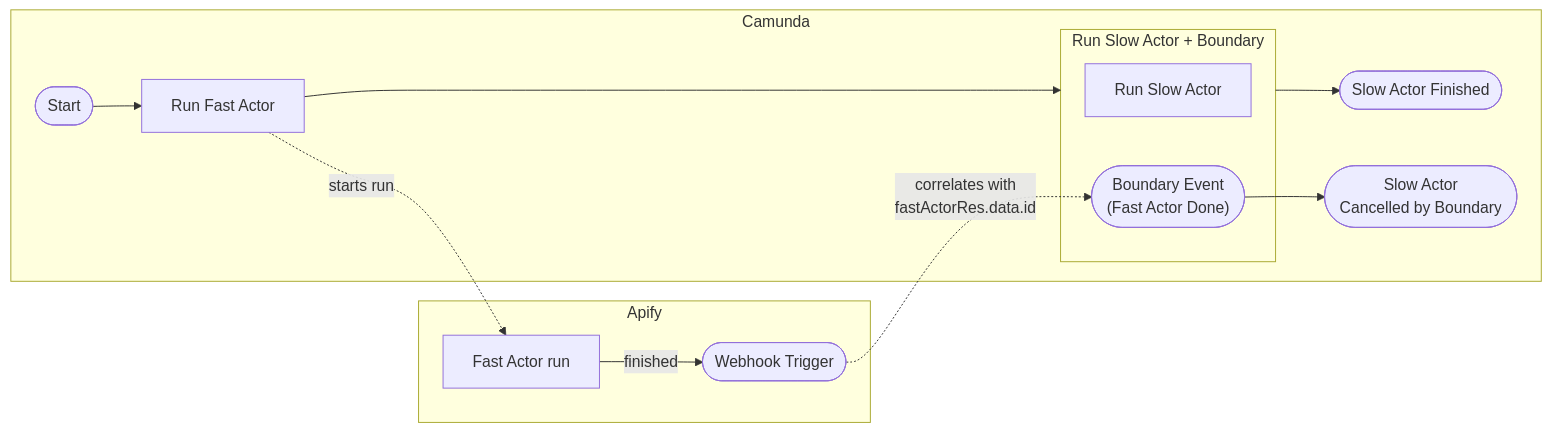
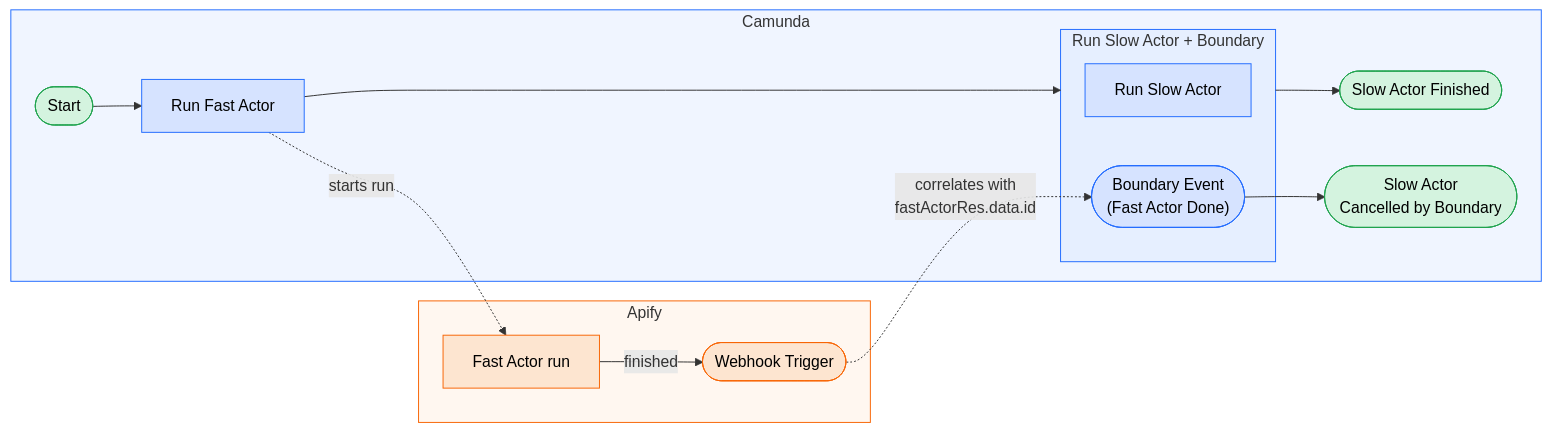
One commit to apify/apify-docs changed the sixth of 9 diagrams in sources/platform/integrations/workflows-and-notifications/camunda.md. Above: the diagram before and after it, drawn with Mermaid. The commit also changed other lines of this file, not shown here.

Commit message:
docs: update Camunda integration documentation with enhanced descriptions, improved structure, and additional details on operations

````diff
--- a/sources/platform/integrations/workflows-and-notifications/camunda.md
+++ b/sources/platform/integrations/workflows-and-notifications/camunda.md
@@ -290,18 +480,28 @@
 ```mermaid
 graph LR
     subgraph Camunda
         A([Start]) --> B[Run Fast Actor]
         B --> SA
         subgraph SA ["Run Slow Actor + Boundary"]
             C[Run Slow Actor]
             BE(["Boundary Event<br/>(Fast Actor Done)"])
         end
         SA --> E([Slow Actor Finished])
         BE --> D([Slow Actor<br/>Cancelled by Boundary])
     end
     subgraph Apify
         AR[Fast Actor run] -->|finished| W([Webhook Trigger])
     end
     B -.->|starts run| AR
     W -.->|correlates with<br/>fastActorRes.data.id| BE
+
+    classDef apify fill:#fde5d0,stroke:#f86606,color:#000
+    classDef camunda fill:#d6e3ff,stroke:#246dff,color:#000
+    classDef terminal fill:#d4f3df,stroke:#20a34e,color:#000
+    class AR,W apify
+    class B,C,BE camunda
+    class A,D,E terminal
+    style Apify fill:#fff7f0,stroke:#f86606
+    style Camunda fill:#f0f5ff,stroke:#246dff
+    style SA fill:#e6efff,stroke:#246dff
 ```
````
